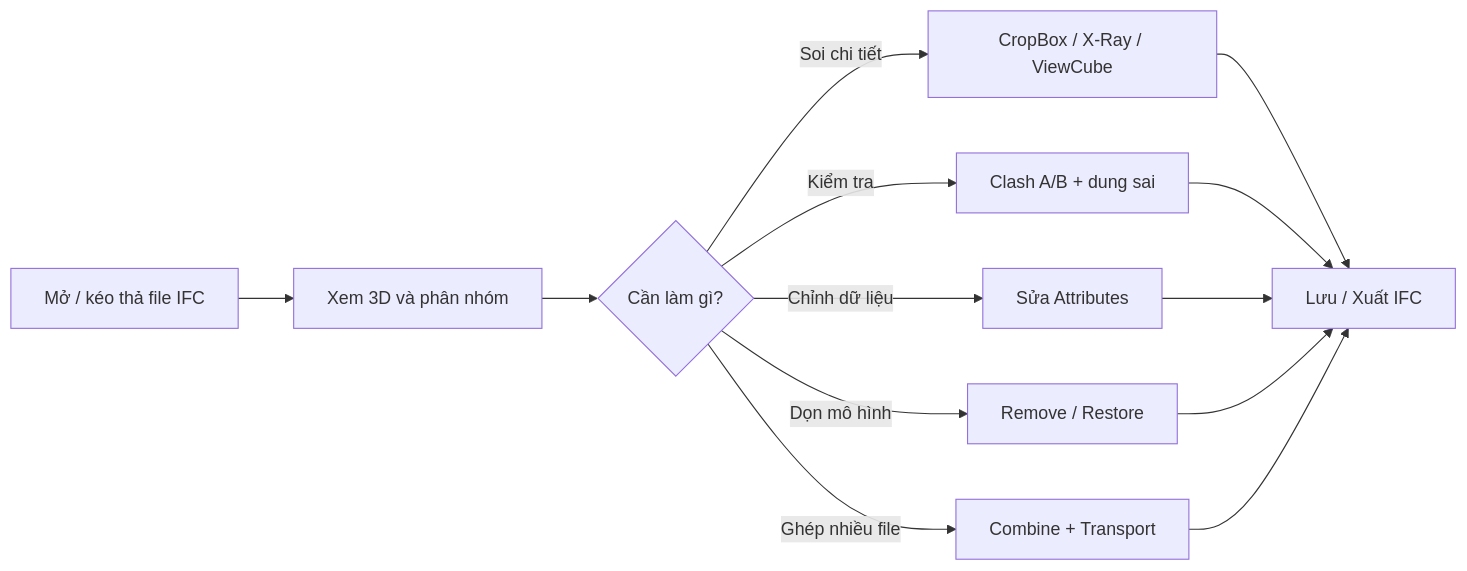
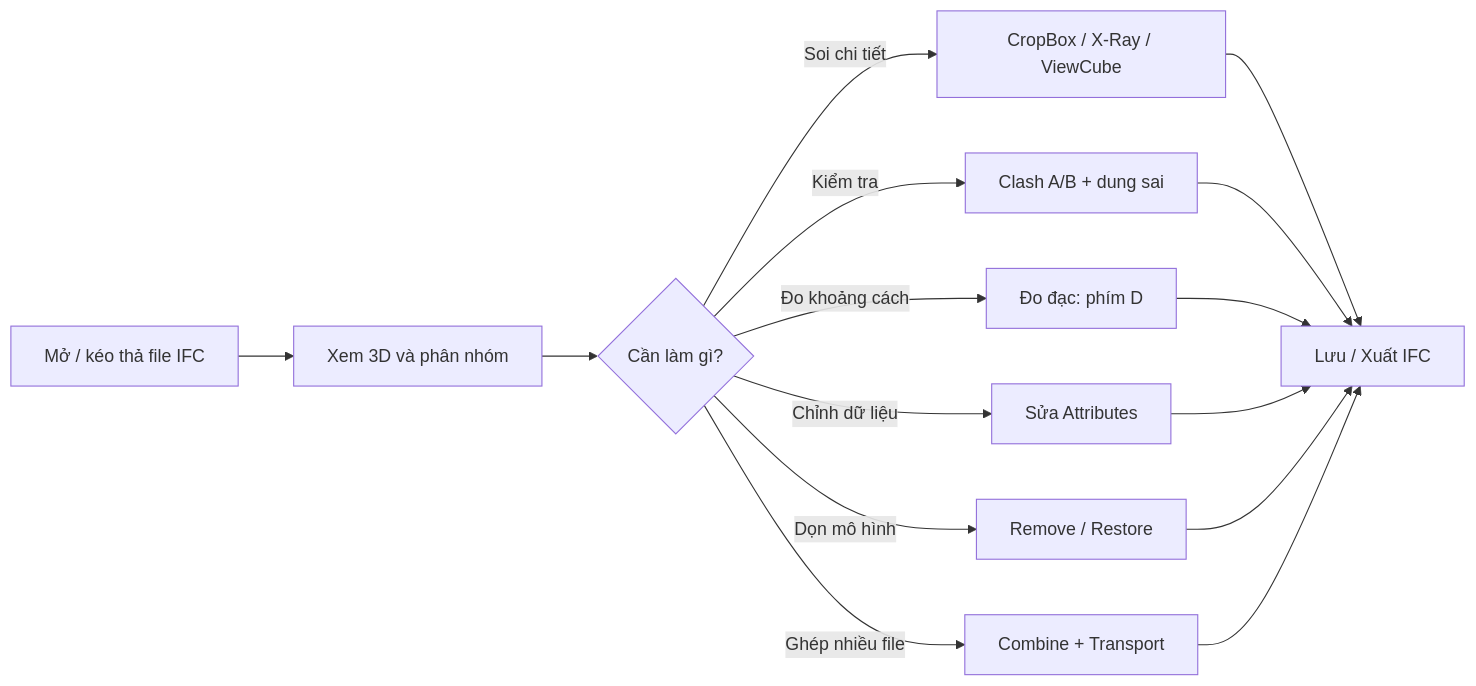
The first of 3 diagrams in README.md (4431thuc/HTML_7_IFC_editor), drawn with Mermaid before and after one commit. The commit also changed other lines of this file and 25 other files, not shown here.

````diff
--- a/README.md
+++ b/README.md
@@ -25,15 +27,17 @@
 ```mermaid
 flowchart LR
     A[Mở / kéo thả file IFC] --> B[Xem 3D và phân nhóm]
     B --> C{Cần làm gì?}
     C -->|Soi chi tiết| D[CropBox / X-Ray / ViewCube]
     C -->|Kiểm tra| E[Clash A/B + dung sai]
+    C -->|Đo khoảng cách| M[Đo đạc: phím D]
     C -->|Chỉnh dữ liệu| F[Sửa Attributes]
     C -->|Dọn mô hình| G[Remove / Restore]
     C -->|Ghép nhiều file| H[Combine + Transport]
     D --> I[Lưu / Xuất IFC]
     E --> I
+    M --> I
     F --> I
     G --> I
     H --> I
 ```
````
